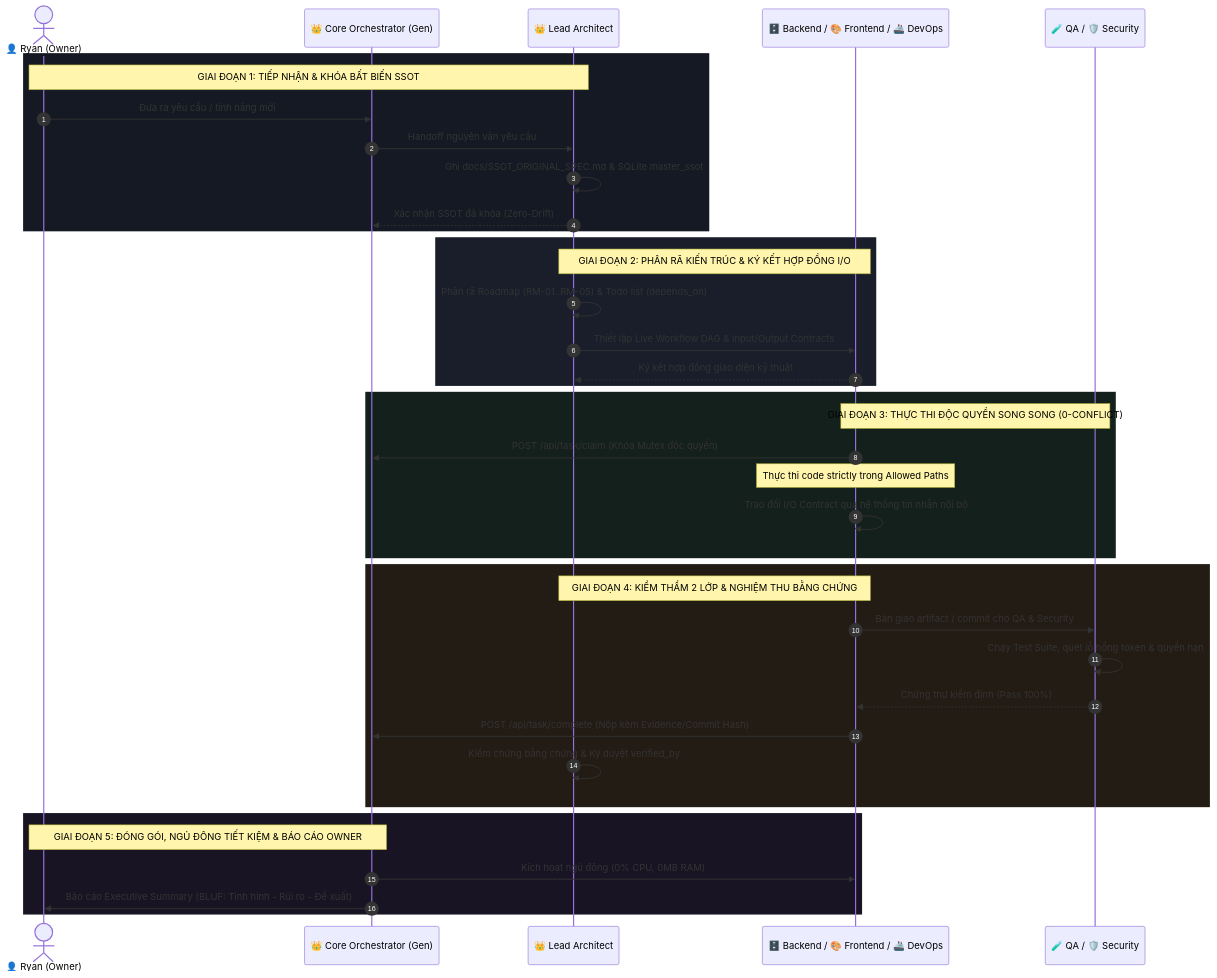
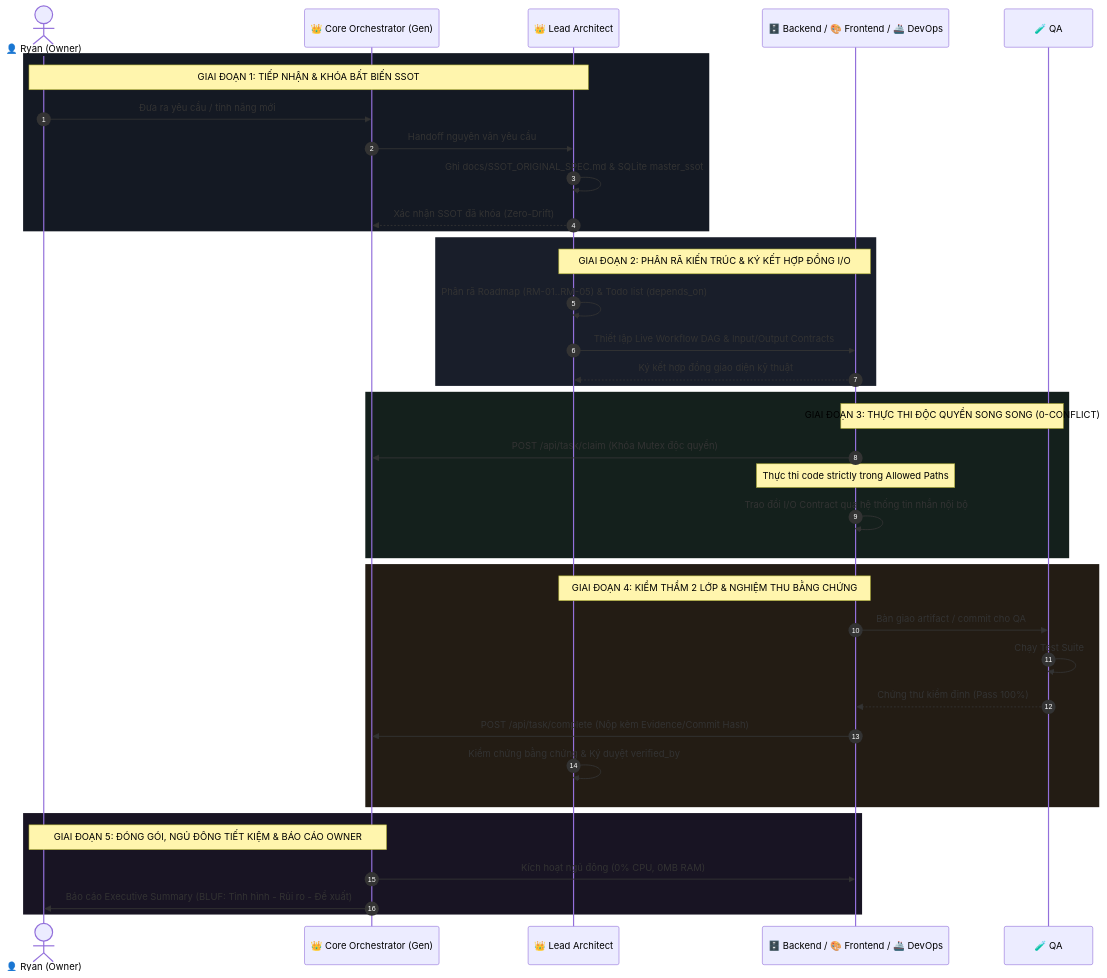
One commit to Genesis-ryan-84-0567536339/gen-workplace changed the second of 2 diagrams in docs/STANDARD_SQUAD_AND_WORKFLOW.md. Above: the diagram before and after it, drawn with Mermaid. The commit also changed other lines of this file and 14 other files, not shown here.

````diff
--- a/docs/STANDARD_SQUAD_AND_WORKFLOW.md
+++ b/docs/STANDARD_SQUAD_AND_WORKFLOW.md
@@ -91,51 +89,51 @@
 ```mermaid
 sequenceDiagram
     autonumber
     actor Owner as 👤 Ryan (Owner)
     participant Gen as 👑 Core Orchestrator (Gen)
     participant Lead as 👑 Lead Architect
     participant Builders as 🗄️ Backend / 🎨 Frontend / 🚢 DevOps
-    participant Verifiers as 🧪 QA / 🛡️ Security
+    participant Verifiers as 🧪 QA
 
     %% Stage 1
     rect rgb(20, 25, 35)
     Note over Owner, Lead: GIAI ĐOẠN 1: TIẾP NHẬN & KHÓA BẤT BIẾN SSOT
     Owner->>Gen: Đưa ra yêu cầu / tính năng mới
     Gen->>Lead: Handoff nguyên văn yêu cầu
     Lead->>Lead: Ghi docs/SSOT_ORIGINAL_SPEC.md & SQLite master_ssot
     Lead-->>Gen: Xác nhận SSOT đã khóa (Zero-Drift)
     end
 
     %% Stage 2
     rect rgb(25, 30, 42)
     Note over Lead, Builders: GIAI ĐOẠN 2: PHÂN RÃ KIẾN TRÚC & KÝ KẾT HỢP ĐỒNG I/O
     Lead->>Lead: Phân rã Roadmap (RM-01..RM-05) & Todo list (depends_on)
     Lead->>Builders: Thiết lập Live Workflow DAG & Input/Output Contracts
     Builders-->>Lead: Ký kết hợp đồng giao diện kỹ thuật
     end
 
     %% Stage 3
     rect rgb(20, 32, 28)
     Note over Builders, Verifiers: GIAI ĐOẠN 3: THỰC THI ĐỘC QUYỀN SONG SONG (0-CONFLICT)
     Builders->>Gen: POST /api/task/claim (Khóa Mutex độc quyền)
     Note over Builders: Thực thi code strictly trong Allowed Paths
     Builders->>Builders: Trao đổi I/O Contract qua hệ thống tin nhắn nội bộ
     end
 
     %% Stage 4
     rect rgb(35, 28, 20)
     Note over Builders, Lead: GIAI ĐOẠN 4: KIỂM THẨM 2 LỚP & NGHIỆM THU BẰNG CHỨNG
-    Builders->>Verifiers: Bàn giao artifact / commit cho QA & Security
-    Verifiers->>Verifiers: Chạy Test Suite, quét lỗ hổng token & quyền hạn
+    Builders->>Verifiers: Bàn giao artifact / commit cho QA
+    Verifiers->>Verifiers: Chạy Test Suite
     Verifiers-->>Builders: Chứng thư kiểm định (Pass 100%)
     Builders->>Gen: POST /api/task/complete (Nộp kèm Evidence/Commit Hash)
     Lead->>Lead: Kiểm chứng bằng chứng & Ký duyệt verified_by
     end
 
     %% Stage 5
     rect rgb(24, 20, 35)
     Note over Gen, Owner: GIAI ĐOẠN 5: ĐÓNG GÓI, NGỦ ĐÔNG TIẾT KIỆM & BÁO CÁO OWNER
     Gen->>Builders: Kích hoạt ngủ đông (0% CPU, 0MB RAM)
     Gen->>Owner: Báo cáo Executive Summary (BLUF: Tình hình - Rủi ro - Đề xuất)
     end
 ```
````
